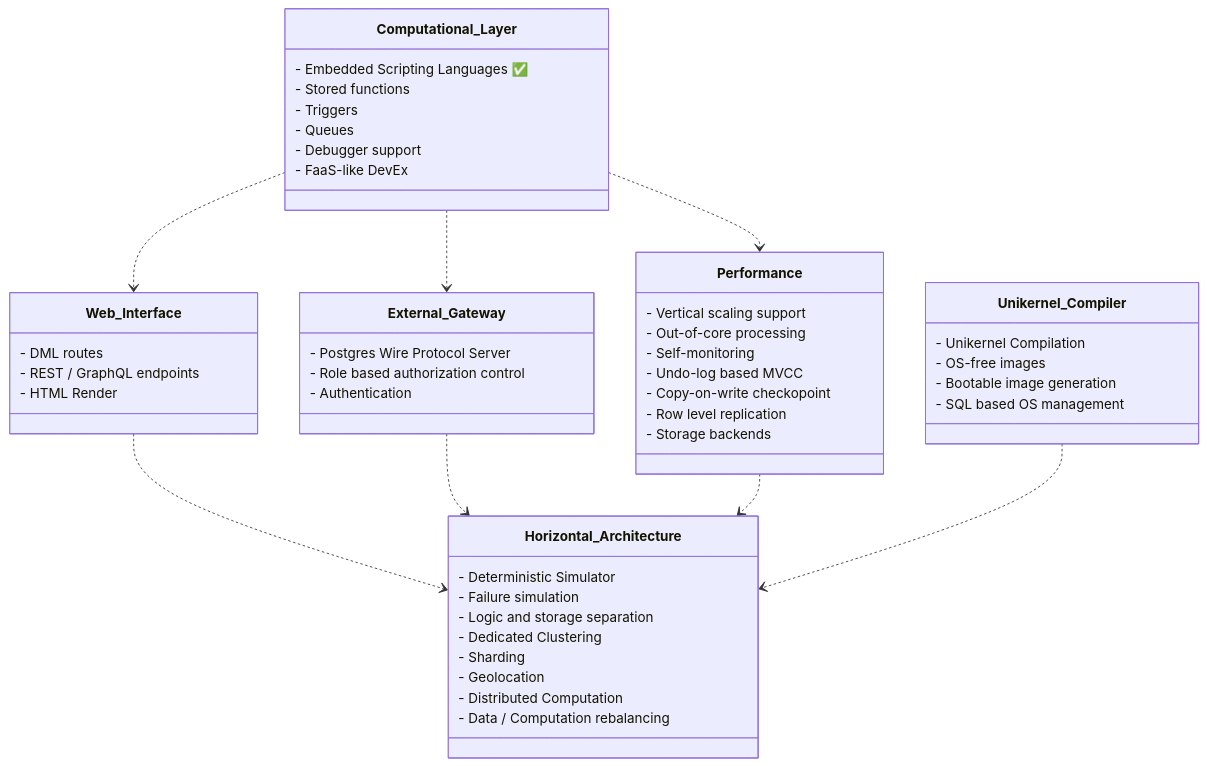
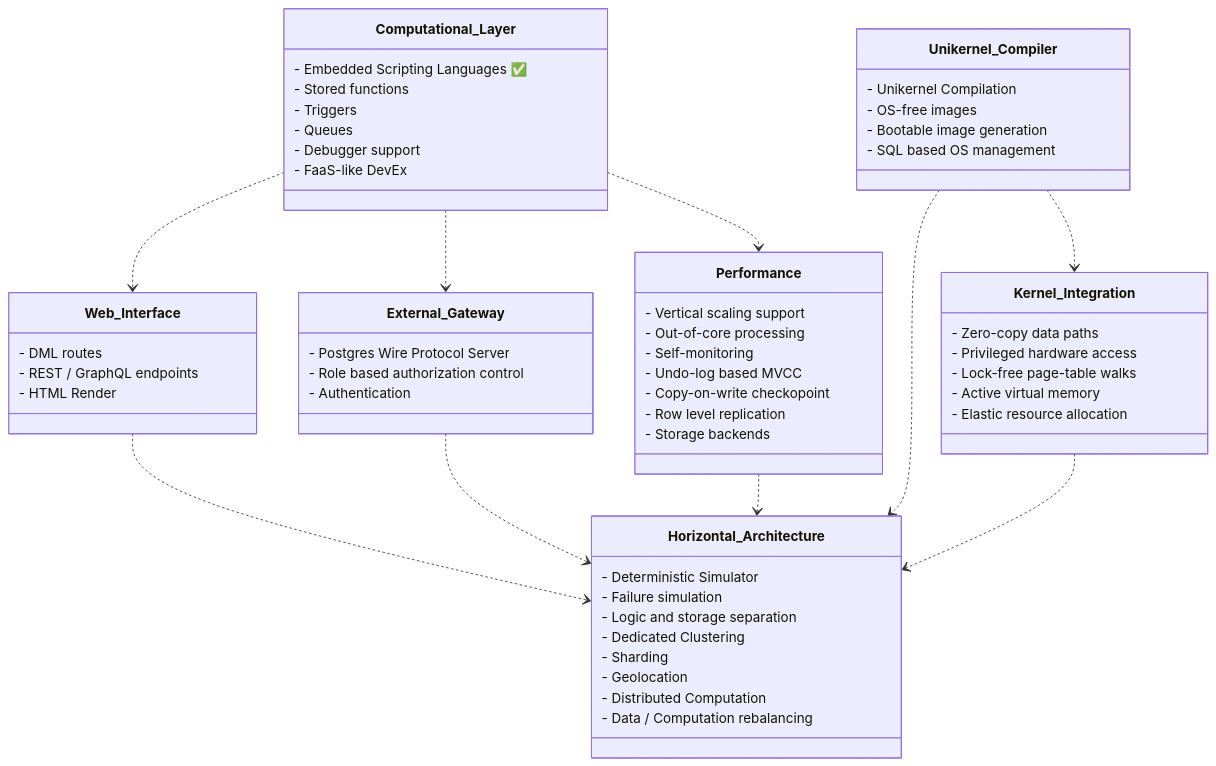
The diagram in README.md (oxibase/oxibase), drawn with Mermaid before and after one commit. The commit also changed other lines of this file and 3 other files, not shown here.

````diff
--- a/README.md
+++ b/README.md
@@ -76,63 +77,74 @@
 ```mermaid
 classDiagram
     %% --- RELATIONSHIPS ---
     %% Use the short class names here, not "Layer.Class"
     Computational_Layer ..> Web_Interface
     Computational_Layer ..> External_Gateway
     Computational_Layer ..> Performance
 
     Web_Interface ..> Horizontal_Architecture
     External_Gateway ..> Horizontal_Architecture
     Performance ..> Horizontal_Architecture
     Unikernel_Compiler ..> Horizontal_Architecture
 
     %% --- LAYERS & CLASS DEFINITIONS ---
 
     class Computational_Layer {
         - Embedded Scripting Languages ✅
         - Stored functions
         - Triggers
         - Queues
         - Debugger support
         - FaaS-like DevEx
     }
     class Web_Interface {
         - DML routes
         - REST / GraphQL endpoints
         - HTML Render
     }
     class External_Gateway {
         - Postgres Wire Protocol Server
         - Role based authorization control
         - Authentication
     }
 
     class Performance {
         - Vertical scaling support
         - Out-of-core processing
         - Self-monitoring
         - Undo-log based MVCC
         - Copy-on-write checkopoint
         - Row level replication
         - Storage backends
     }
 
     class Horizontal_Architecture {
         - Deterministic Simulator
         - Failure simulation
         - Logic and storage separation
         - Dedicated Clustering
         - Sharding
         - Geolocation
         - Distributed Computation
         - Data / Computation rebalancing
     }
 
     class Unikernel_Compiler {
         - Unikernel Compilation
         - OS-free images
         - Bootable image generation
         - SQL based OS management
     }
 
+    class Kernel_Integration {
+        - Zero-copy data paths
+        - Privileged hardware access
+        - Lock-free page-table walks
+        - Active virtual memory
+        - Elastic resource allocation
+    }
+
+    Unikernel_Compiler ..> Kernel_Integration
+    Kernel_Integration ..> Horizontal_Architecture
+
 ```
````
